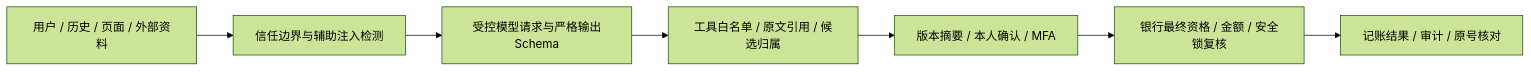
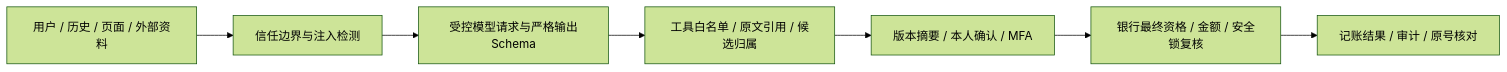
The fourth of 4 diagrams in 技术文档.md (Stainnifuski/2026-Fintechathon-ai-banking-agent), drawn with Mermaid (forest theme) before and after one commit. The commit also changed other lines of this file and 1 other file, not shown here.

````diff
--- a/技术文档.md
+++ b/技术文档.md
@@ -162,9 +164,9 @@
 ```mermaid
 flowchart LR
-  I[用户 / 历史 / 页面 / 外部资料] --> G[信任边界与辅助注入检测]
+  I[用户 / 历史 / 页面 / 外部资料] --> G[信任边界与注入检测]
   G --> M[受控模型请求与严格输出Schema]
   M --> T[工具白名单 / 原文引用 / 候选归属]
   T --> A[版本摘要 / 本人确认 / MFA]
   A --> B[银行最终资格 / 金额 / 安全锁复核]
   B --> E[记账结果 / 审计 / 原号核对]
 ```
````
